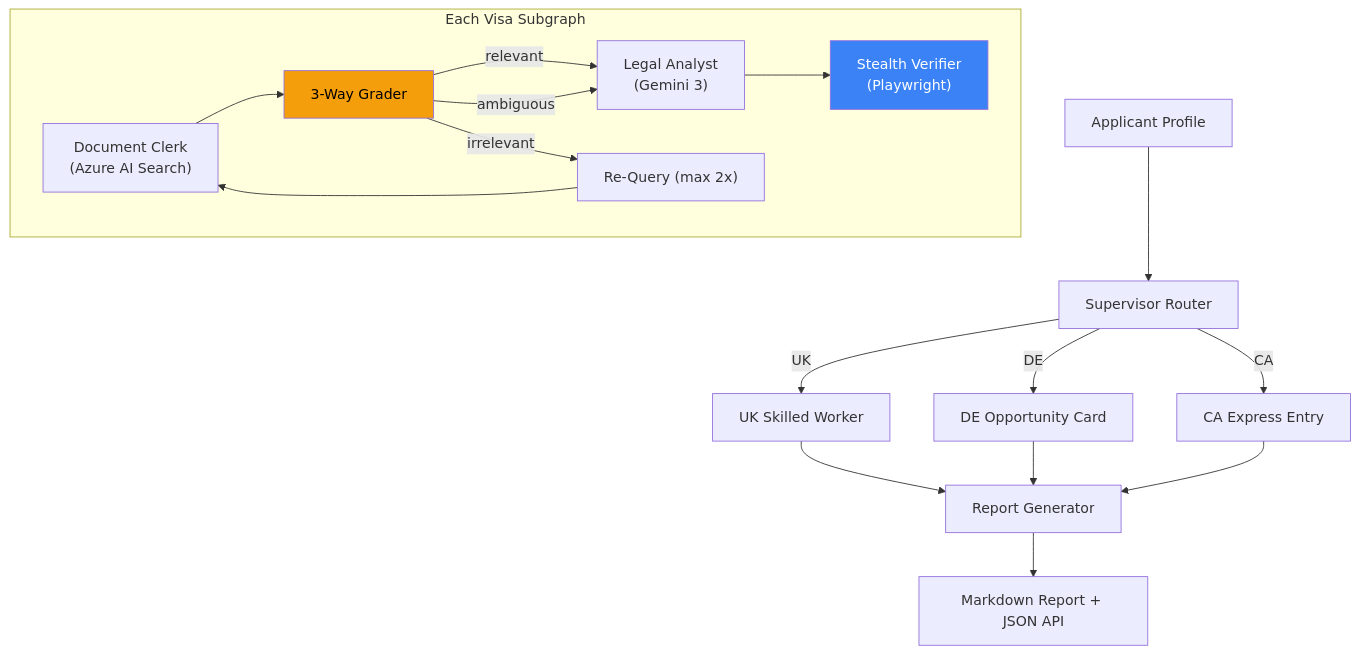
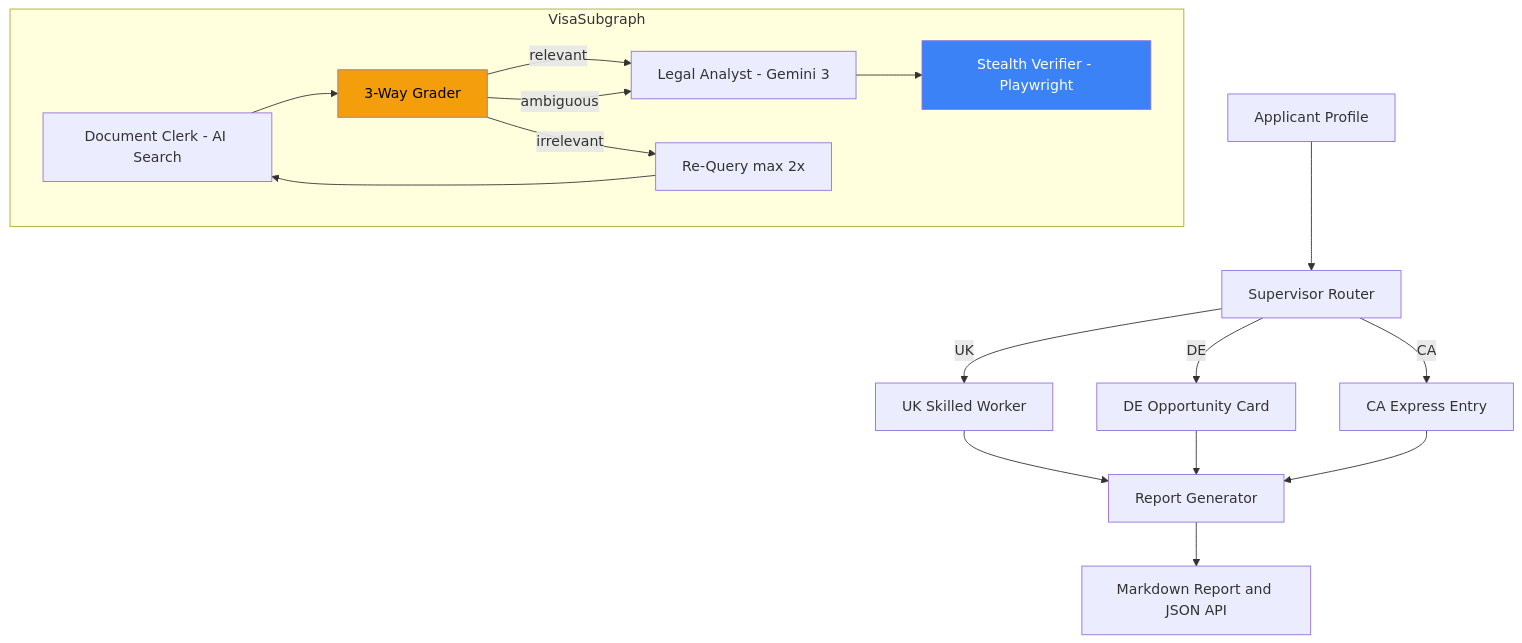
One commit to AngadSinghLamba/global-mobility-analyzer changed the diagram in README.md. Above: the diagram before and after it, drawn with Mermaid. The commit also changed 1 other file, not shown here.

Commit message:
fix: clean up Mermaid syntax for better rendering

````diff
--- a/README.md
+++ b/README.md
@@ -25,24 +25,24 @@
 ```mermaid
 graph TD
-    A["Applicant Profile"] --> B["Supervisor Router"]
-    B -->|UK| C["UK Skilled Worker"]
-    B -->|DE| D["DE Opportunity Card"]
-    B -->|CA| E["CA Express Entry"]
+    A[Applicant Profile] --> B[Supervisor Router]
+    B -->|UK| C[UK Skilled Worker]
+    B -->|DE| D[DE Opportunity Card]
+    B -->|CA| E[CA Express Entry]
 
-    subgraph "Each Visa Subgraph"
-        F["Document Clerk<br/>(Azure AI Search)"] --> G["3-Way Grader"]
-        G -->|relevant| H["Legal Analyst<br/>(Gemini 3)"]
+    subgraph VisaSubgraph
+        F[Document Clerk - AI Search] --> G[3-Way Grader]
+        G -->|relevant| H[Legal Analyst - Gemini 3]
         G -->|ambiguous| H
-        G -->|irrelevant| I["Re-Query (max 2x)"]
+        G -->|irrelevant| I[Re-Query max 2x]
         I --> F
-        H --> J["Stealth Verifier<br/>(Playwright)"]
+        H --> J[Stealth Verifier - Playwright]
     end
 
-    C --> K["Report Generator"]
+    C --> K[Report Generator]
     D --> K
     E --> K
-    K --> L["Markdown Report + JSON API"]
+    K --> L[Markdown Report and JSON API]
 
     style G fill:#f59e0b,color:#000
     style J fill:#3b82f6,color:#fff
 ```
````
